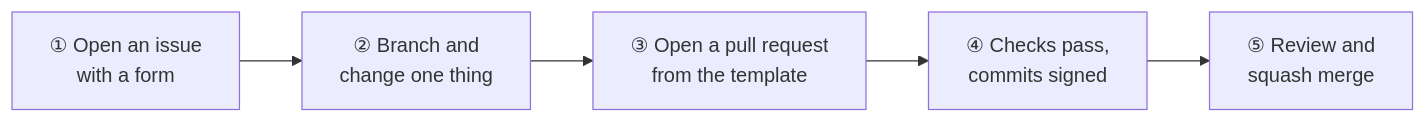
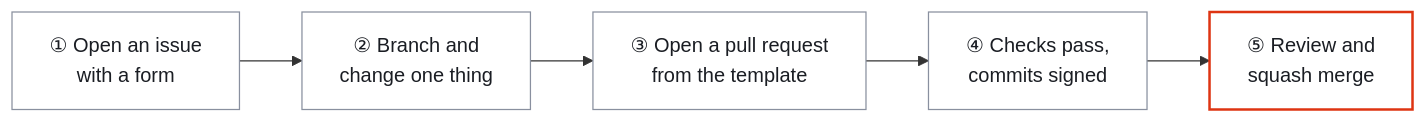
The second of 2 diagrams in README.md (agusgonzaleznic/.github), drawn with Mermaid before and after one commit. The commit also changed other lines of this file and 1 other file, not shown here.

````diff
--- a/README.md
+++ b/README.md
@@ -93,7 +98,11 @@
 ```mermaid
 flowchart LR
   I["① Open an issue<br/>with a form"] --> B["② Branch and<br/>change one thing"]
   B --> P["③ Open a pull request<br/>from the template"]
   P --> C["④ Checks pass,<br/>commits signed"]
   C --> M["⑤ Review and<br/>squash merge"]
+  classDef default fill:#FFFFFF,stroke:#89909F,color:#1A1D23
+  classDef decide fill:#E9EAED,stroke:#555D6D,color:#1A1D23
+  classDef outcome fill:#FFFFFF,stroke:#DE3412,stroke-width:2px,color:#1A1D23
+  class M outcome
 ```
````
